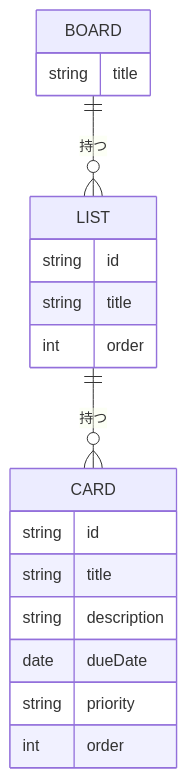
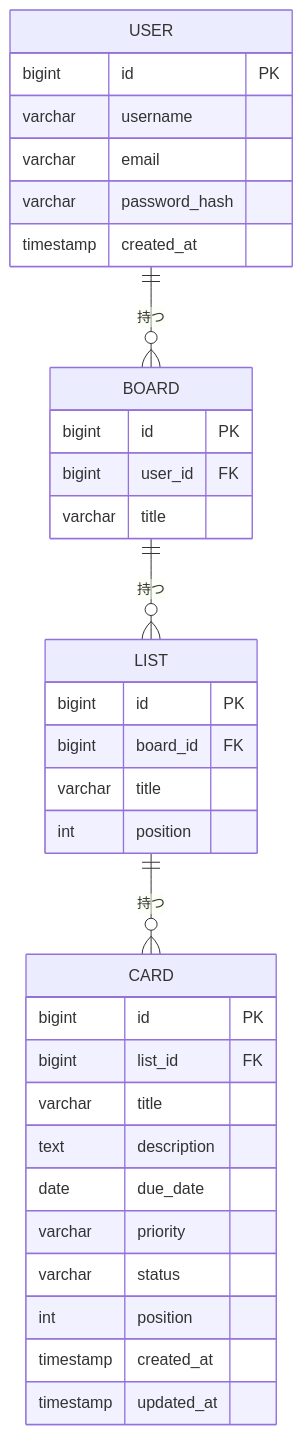
Before and after one commit to akki-secure/TaskManagement: the second of 3 diagrams in docs/requirements.md, drawn with Mermaid. The commit also changed other lines of this file and 2 other files, not shown here.

````diff
--- a/docs/requirements.md
+++ b/docs/requirements.md
@@ -147,22 +164,37 @@
 ```mermaid
 erDiagram
+  USER ||--o{ BOARD : "持つ"
   BOARD ||--o{ LIST : "持つ"
   LIST ||--o{ CARD : "持つ"
 
+  USER {
+    bigint id PK
+    varchar username
+    varchar email
+    varchar password_hash
+    timestamp created_at
+  }
   BOARD {
-    string title
+    bigint id PK
+    bigint user_id FK
+    varchar title
   }
   LIST {
-    string id
-    string title
-    int order
+    bigint id PK
+    bigint board_id FK
+    varchar title
+    int position
   }
   CARD {
-    string id
-    string title
-    string description
-    date dueDate
-    string priority
-    int order
+    bigint id PK
+    bigint list_id FK
+    varchar title
+    text description
+    date due_date
+    varchar priority
+    varchar status
+    int position
+    timestamp created_at
+    timestamp updated_at
   }
 ```
````
